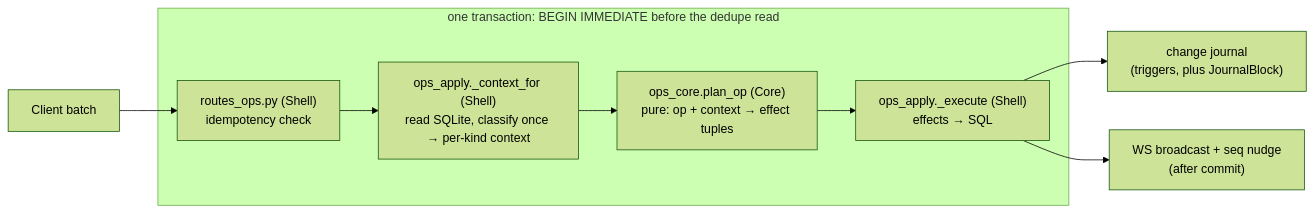
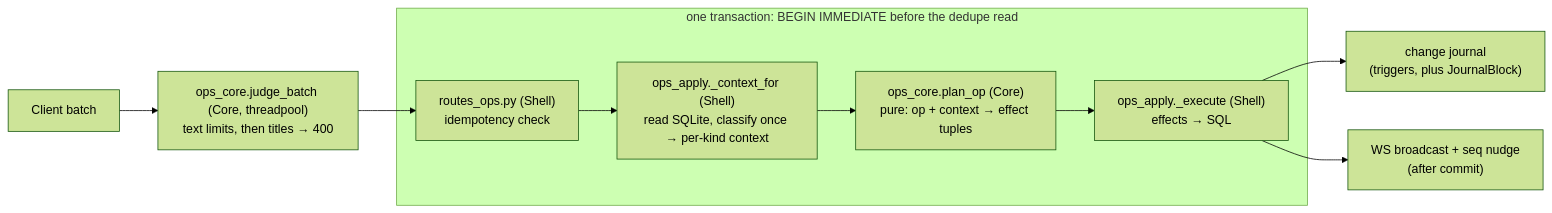
One commit to ArthurClune/pkm-system changed the second of 4 diagrams in docs/architecture/backend.md. Above: the diagram before and after it, drawn with Mermaid (forest theme). The commit also changed other lines of this file and 14 other files, not shown here.

First line of the commit message:
fix: judge an ops batch before taking the write lock

````diff
--- a/docs/architecture/backend.md
+++ b/docs/architecture/backend.md
@@ -357,11 +357,12 @@
 ```mermaid
 flowchart LR
-    C[Client batch] --> R
+    C[Client batch] --> JB["ops_core.judge_batch (Core, threadpool)<br/>text limits, then titles → 400"]
+    JB --> R
     subgraph TX["one transaction: BEGIN IMMEDIATE before the dedupe read"]
         R["routes_ops.py (Shell)<br/>idempotency check"] --> CTX["ops_apply._context_for (Shell)<br/>read SQLite, classify once → per-kind context"]
         CTX --> P["ops_core.plan_op (Core)<br/>pure: op + context → effect tuples"]
         P --> X["ops_apply._execute (Shell)<br/>effects → SQL"]
     end
     X --> J["change journal<br/>(triggers, plus JournalBlock)"]
     X --> B["WS broadcast + seq nudge<br/>(after commit)"]
 ```
````
